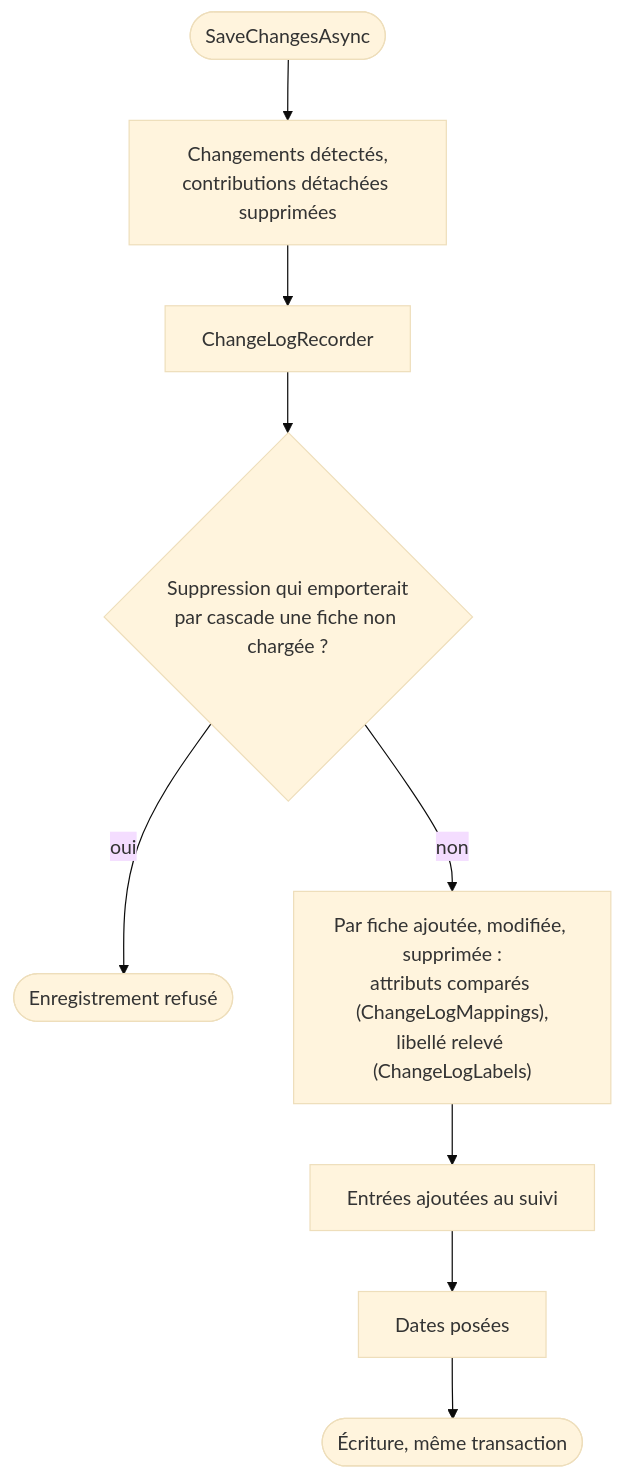
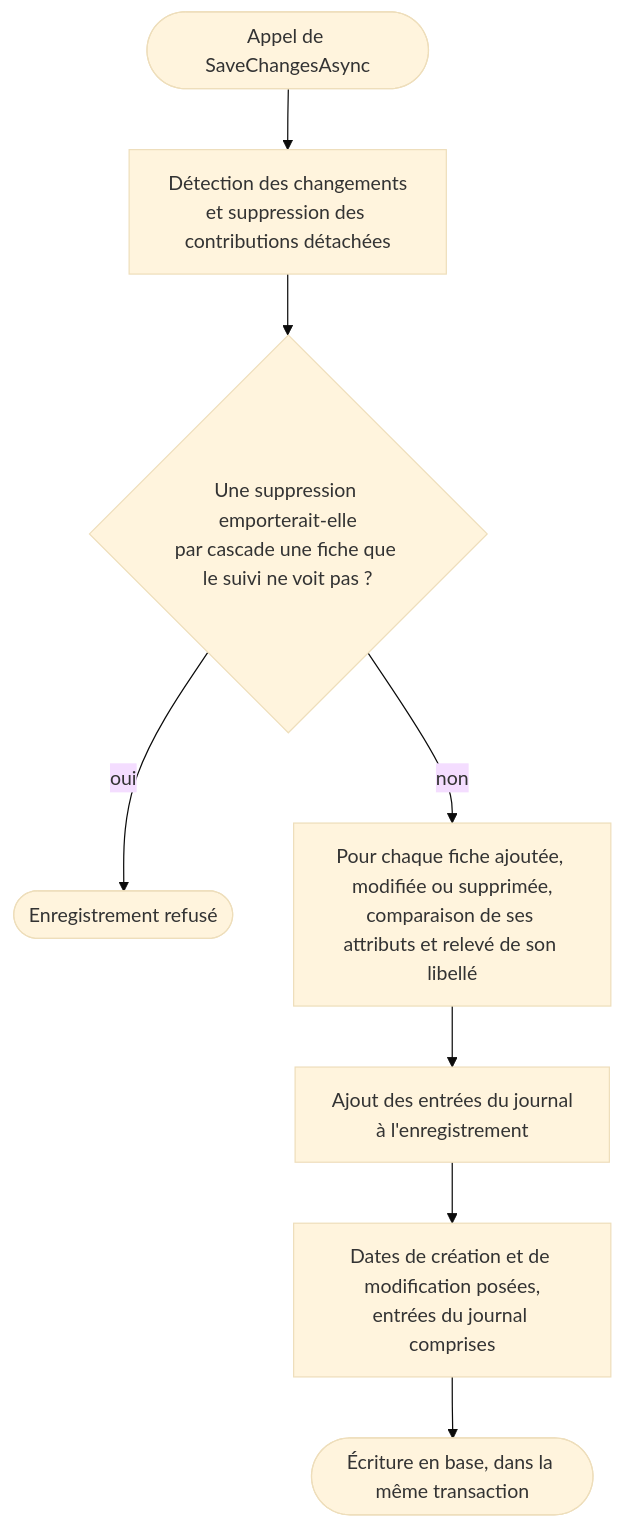
One commit to Tetram76/bdtheque-claude changed the diagram in docs/tech/mecanismes/journal-des-modifications.md. Above: the diagram before and after it, drawn with Mermaid (base theme). The commit also changed other lines of this file and 41 other files, not shown here.

````diff
--- a/docs/tech/mecanismes/journal-des-modifications.md
+++ b/docs/tech/mecanismes/journal-des-modifications.md
@@ -19,11 +21,10 @@
 ```mermaid
 flowchart TD
-    save(["SaveChangesAsync"]) --> detect["Changements détectés,<br/>contributions détachées supprimées"]
-    detect --> recorder["ChangeLogRecorder"]
-    recorder --> cascade{"Suppression qui emporterait<br/>par cascade une fiche non chargée ?"}
+    start(["Appel de SaveChangesAsync"]) --> detect["Détection des changements<br/>et suppression des contributions détachées"]
+    detect --> cascade{"Une suppression emporterait-elle<br/>par cascade une fiche que le suivi ne voit pas ?"}
     cascade -- "oui" --> refused(["Enregistrement refusé"])
-    cascade -- "non" --> entries["Par fiche ajoutée, modifiée, supprimée :<br/>attributs comparés (ChangeLogMappings),<br/>libellé relevé (ChangeLogLabels)"]
-    entries --> added["Entrées ajoutées au suivi"]
-    added --> dates["Dates posées"]
-    dates --> write(["Écriture, même transaction"])
+    cascade -- "non" --> entries["Pour chaque fiche ajoutée, modifiée ou supprimée,<br/>comparaison de ses attributs et relevé de son libellé"]
+    entries --> added["Ajout des entrées du journal<br/>à l'enregistrement"]
+    added --> dates["Dates de création et de modification posées,<br/>entrées du journal comprises"]
+    dates --> write(["Écriture en base, dans la même transaction"])
 ```
````
